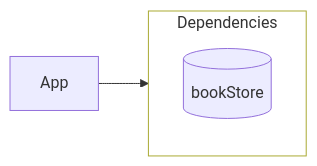
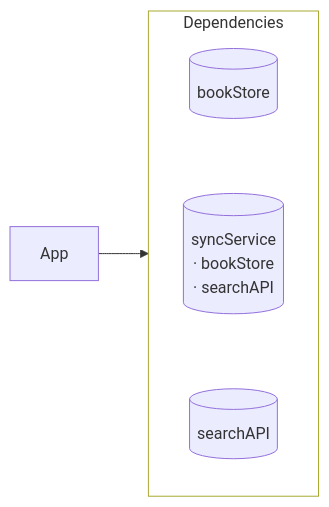
Before and after one commit to sisoje/hypermodular: the second of 3 diagrams in hypermodular/scripts/fixtures/broken/APP-MAP.md, drawn with Mermaid. The commit also changed 5 other files, not shown here.

````diff
--- a/hypermodular/scripts/fixtures/broken/APP-MAP.md
+++ b/hypermodular/scripts/fixtures/broken/APP-MAP.md
@@ -9,11 +9,14 @@
 ```mermaid
 %% Root: App · Dependencies
 flowchart LR
     subgraph Dependencies
         direction TB
+        syncService[("syncService<br/>· bookStore<br/>· searchAPI")]
         bookStore[(bookStore)]
+        searchAPI[(searchAPI)]
+        bookStore ~~~ syncService ~~~ searchAPI
     end
     App --> Dependencies
     classDef deps fill:none
     class Dependencies deps
 ```
````
